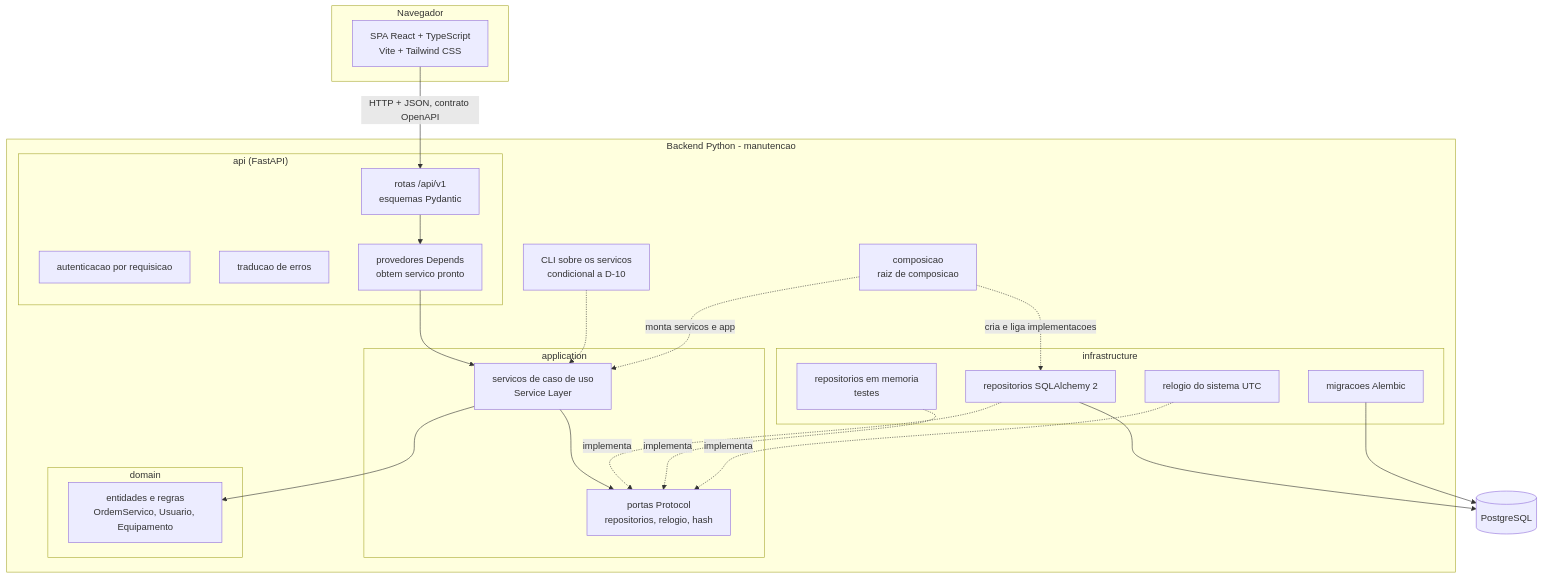
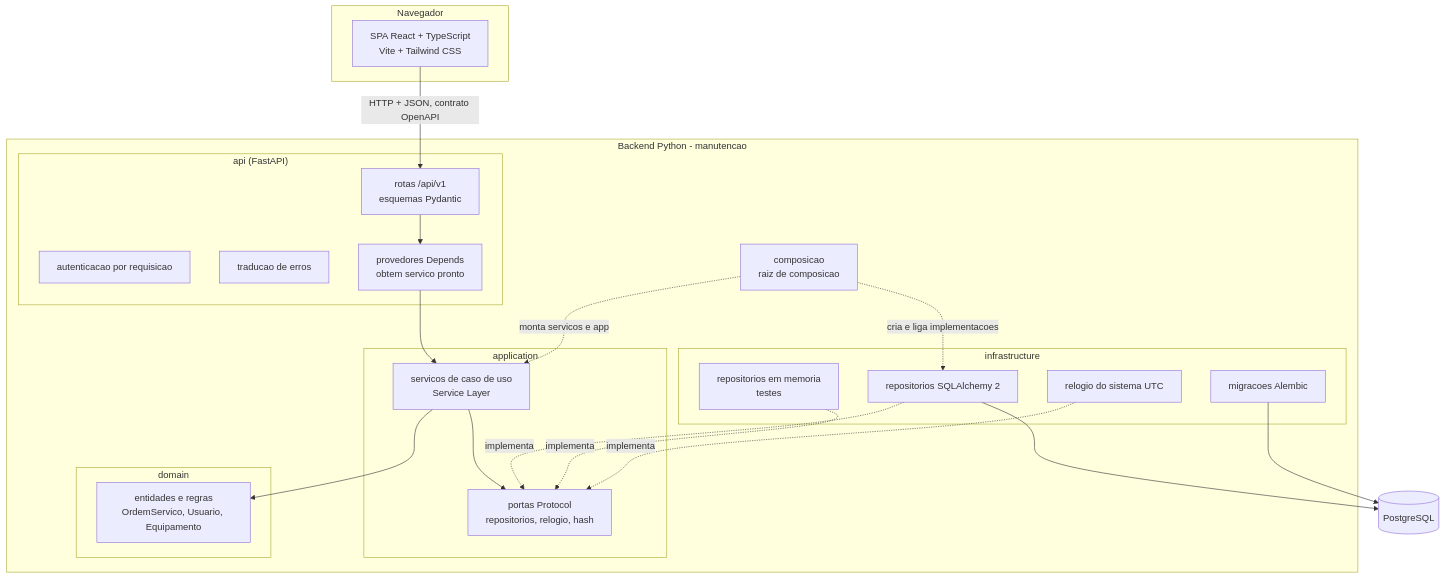
One commit to W3LLCR0S/sistema-gestao-manutencao changed the second of 7 diagrams in docs/DIAGRAMAS.md. Above: the diagram before and after it, drawn with Mermaid. The commit also changed other lines of this file and 13 other files, not shown here.

````diff
--- a/docs/DIAGRAMAS.md
+++ b/docs/DIAGRAMAS.md
@@ -42,46 +42,44 @@
 ```mermaid
 flowchart TB
     subgraph navegador["Navegador"]
         spa["SPA React + TypeScript<br/>Vite + Tailwind CSS"]
     end
 
     subgraph backend["Backend Python - manutencao"]
         subgraph apic["api (FastAPI)"]
             rotas["rotas /api/v1<br/>esquemas Pydantic"]
             auth["autenticacao por requisicao"]
             erros["traducao de erros"]
             provedores["provedores Depends<br/>obtem servico pronto"]
         end
         subgraph appc["application"]
             servicos["servicos de caso de uso<br/>Service Layer"]
             portas["portas Protocol<br/>repositorios, relogio, hash"]
         end
         subgraph domc["domain"]
             entidades["entidades e regras<br/>OrdemServico, Usuario, Equipamento"]
         end
         subgraph infc["infrastructure"]
             reposql["repositorios SQLAlchemy 2"]
             repomem["repositorios em memoria<br/>testes"]
             relsis["relogio do sistema UTC"]
             migr["migracoes Alembic"]
         end
         comp["composicao<br/>raiz de composicao"]
-        cli["CLI sobre os servicos<br/>condicional a D-10"]
     end
 
     pg[("PostgreSQL")]
 
     spa -->|"HTTP + JSON, contrato OpenAPI"| rotas
     rotas --> provedores
     provedores --> servicos
-    cli -.-> servicos
     servicos --> entidades
     servicos --> portas
     reposql -.->|"implementa"| portas
     repomem -.->|"implementa"| portas
     relsis -.->|"implementa"| portas
     reposql --> pg
     migr --> pg
     comp -.->|"cria e liga implementacoes"| reposql
     comp -.->|"monta servicos e app"| servicos
 ```
````
